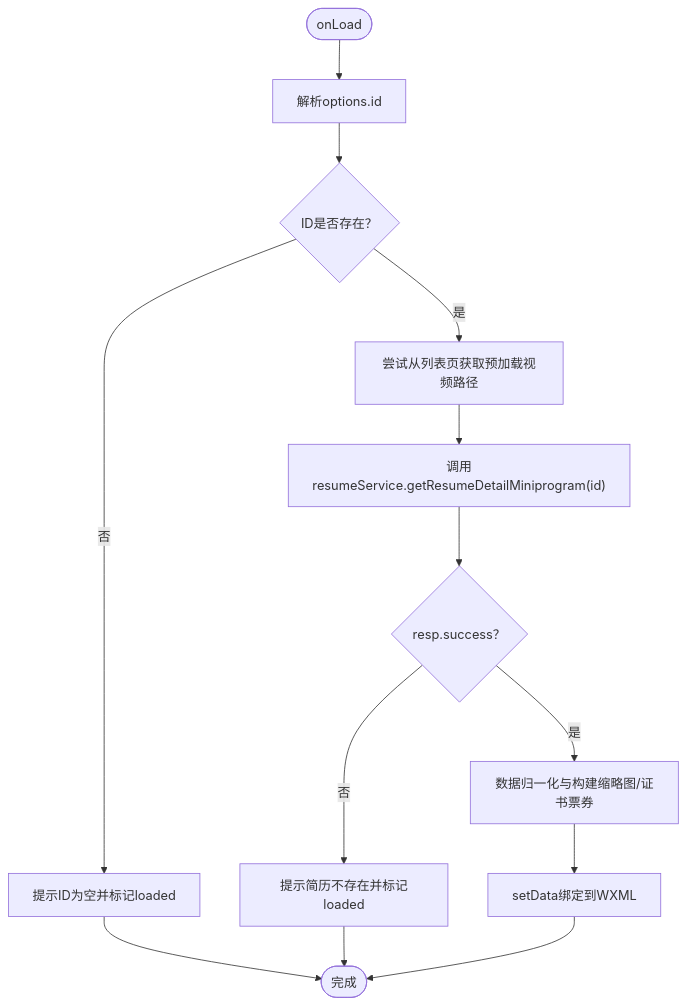
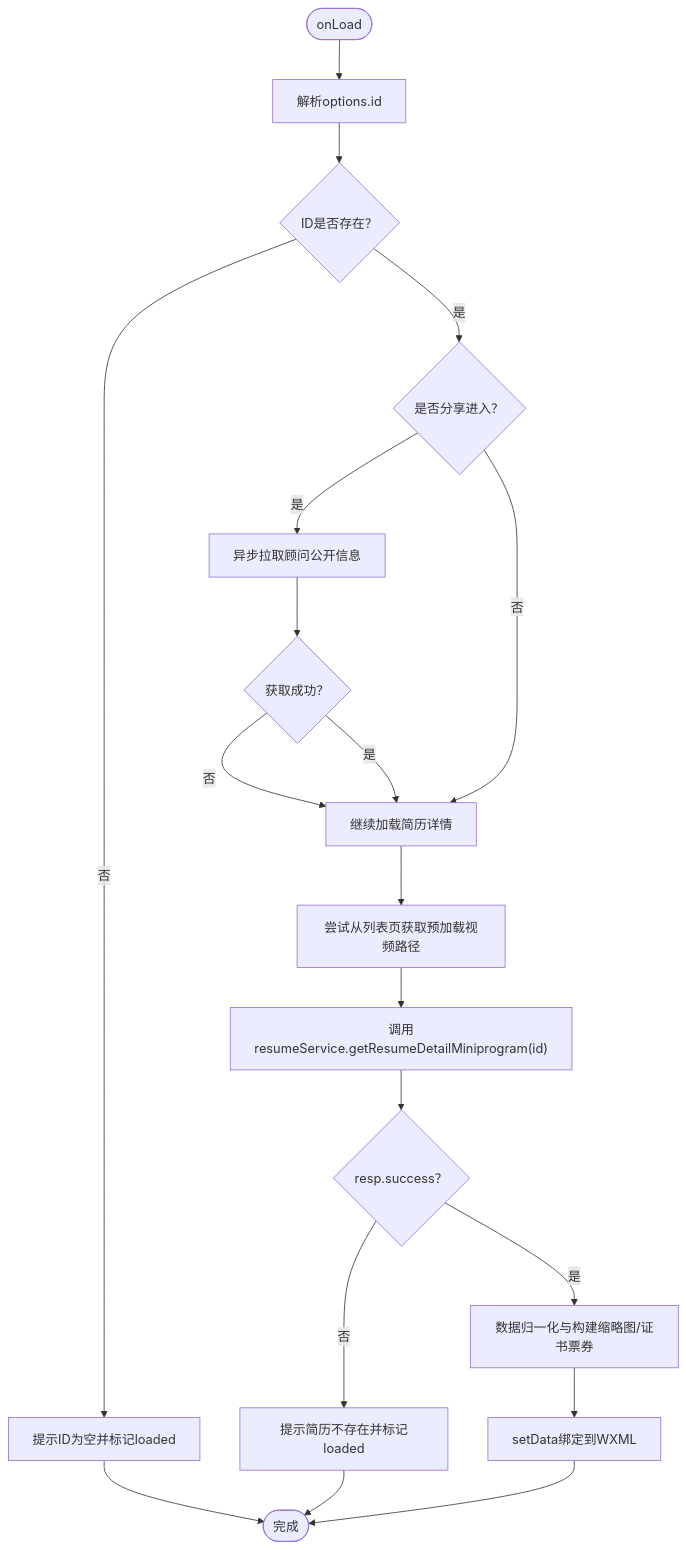
One commit to sunxuebo91/- changed the third of 6 diagrams in .qoder/repowiki/zh/content/前端页面/简历详情页.md. Above: the diagram before and after it, drawn with Mermaid. The commit also changed other lines of this file and 30 other files, not shown here.

````diff
--- a/.qoder/repowiki/zh/content/前端页面/简历详情页.md
+++ b/.qoder/repowiki/zh/content/前端页面/简历详情页.md
@@ -146,15 +179,21 @@
 ```mermaid
 flowchart TD
 Start(["onLoad"]) --> Parse["解析options.id"]
 Parse --> HasId{"ID是否存在？"}
 HasId -- 否 --> ToastEmpty["提示ID为空并标记loaded"]
-HasId -- 是 --> TryPreload["尝试从列表页获取预加载视频路径"]
+HasId -- 是 --> CheckShared{"是否分享进入？"}
+CheckShared -- 是 --> AsyncFetch["异步拉取顾问公开信息"]
+AsyncFetch --> FetchOK{"获取成功？"}
+FetchOK -- 否 --> LoadDetail["继续加载简历详情"]
+FetchOK -- 是 --> LoadDetail
+CheckShared -- 否 --> LoadDetail
+LoadDetail --> TryPreload["尝试从列表页获取预加载视频路径"]
 TryPreload --> CallSvc["调用resumeService.getResumeDetailMiniprogram(id)"]
 CallSvc --> RespOK{"resp.success？"}
 RespOK -- 否 --> ToastFail["提示简历不存在并标记loaded"]
 RespOK -- 是 --> Normalize["数据归一化与构建缩略图/证书票券"]
 Normalize --> Bind["setData绑定到WXML"]
 Bind --> Done(["完成"])
 ToastEmpty --> Done
 ToastFail --> Done
 ```
````
